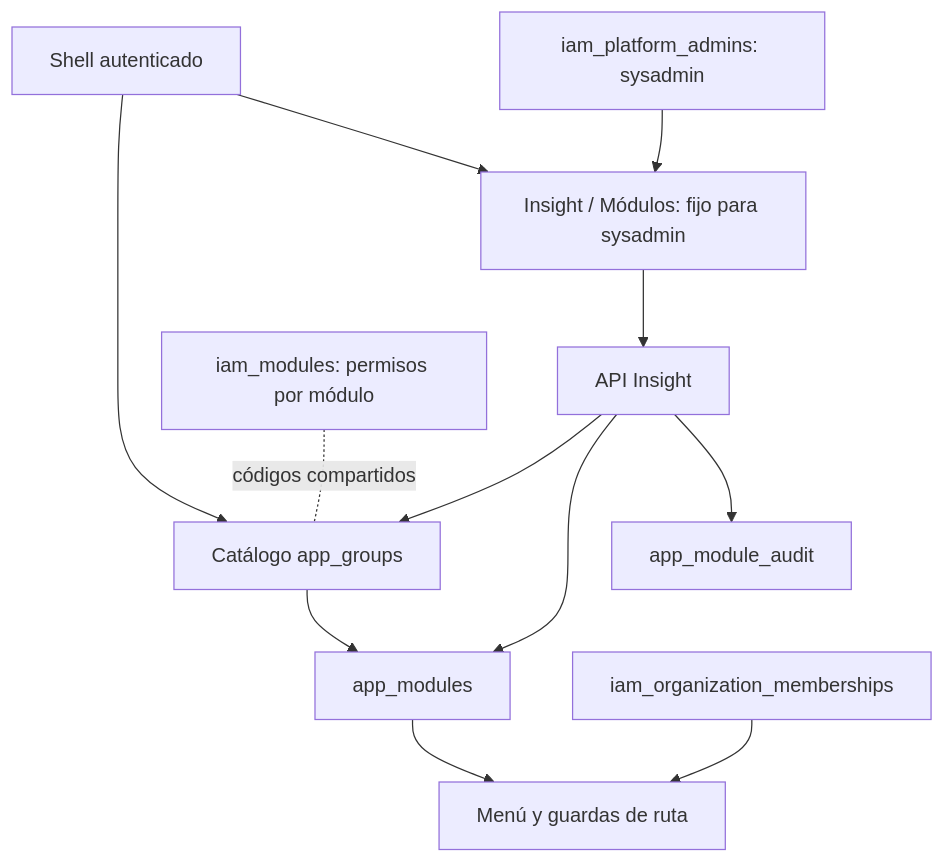
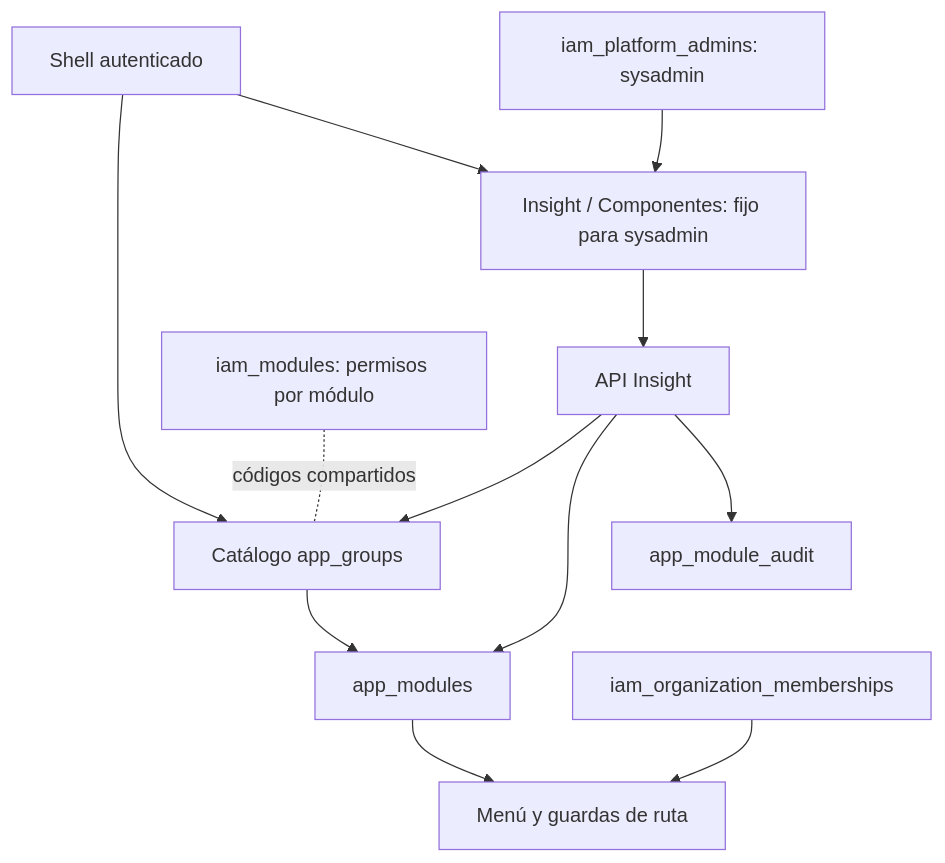
Before and after one commit to JoseLuisOS/Insight-v2: the third of 7 diagrams in docs/MAPA_MODULOS.md, drawn with Mermaid. The commit also changed other lines of this file and 78 other files, not shown here.

````diff
--- a/docs/MAPA_MODULOS.md
+++ b/docs/MAPA_MODULOS.md
@@ -59,14 +68,14 @@
 ```mermaid
 flowchart TD
   AppLayout[Shell autenticado] --> Catalog[Catálogo app_groups]
-  AppLayout --> Manager[Insight / Módulos: fijo para sysadmin]
+  AppLayout --> Manager[Insight / Componentes: fijo para sysadmin]
   Catalog --> Sub[app_modules]
   Members[iam_organization_memberships] --> Nav
   Sub --> Nav[Menú y guardas de ruta]
   Admin[iam_platform_admins: sysadmin] --> Manager
   Manager --> API[API Insight]
   API --> Catalog
   API --> Sub
   API --> Audit[app_module_audit]
   IAM[iam_modules: permisos por módulo] -. códigos compartidos .- Catalog
 ```
````
